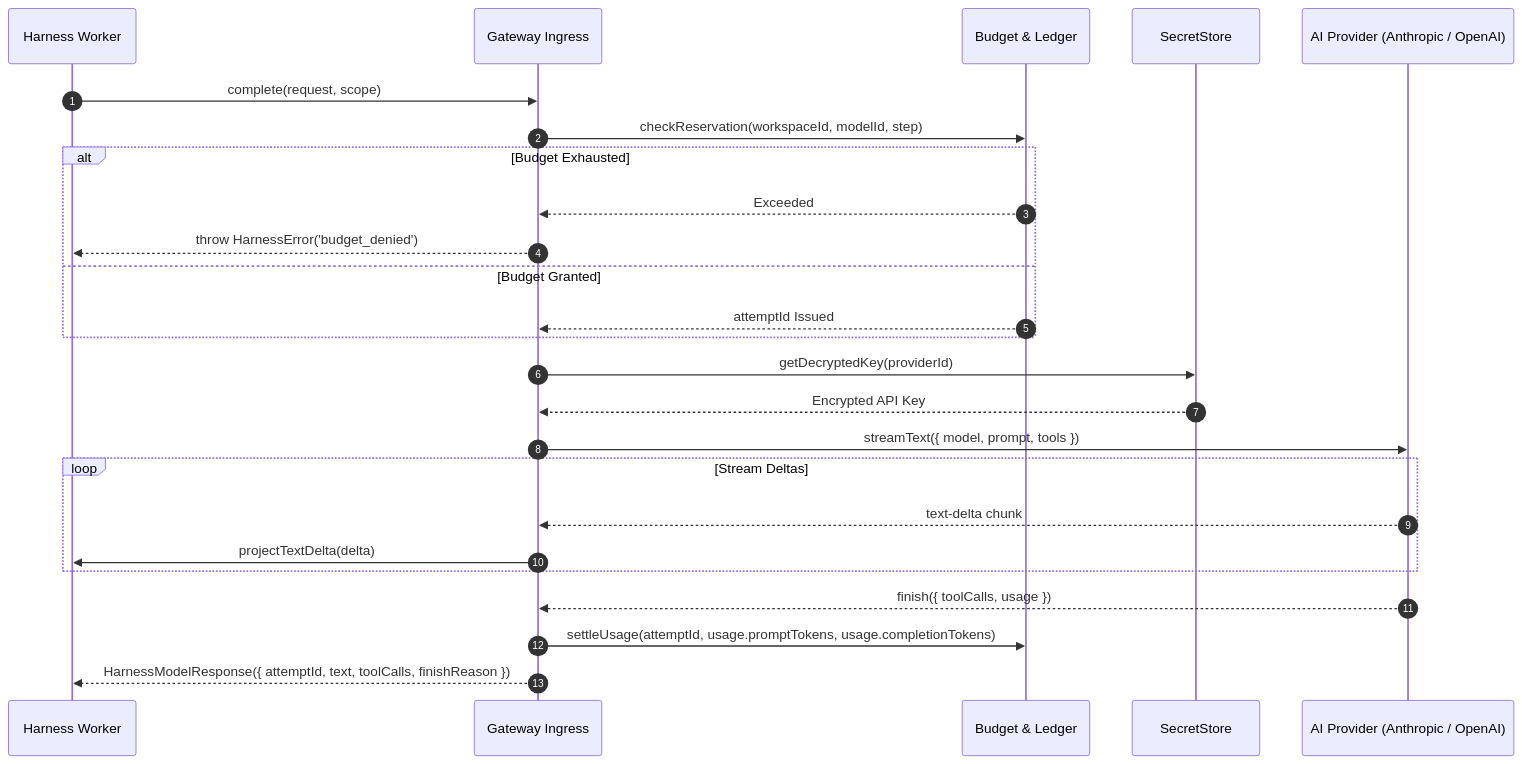
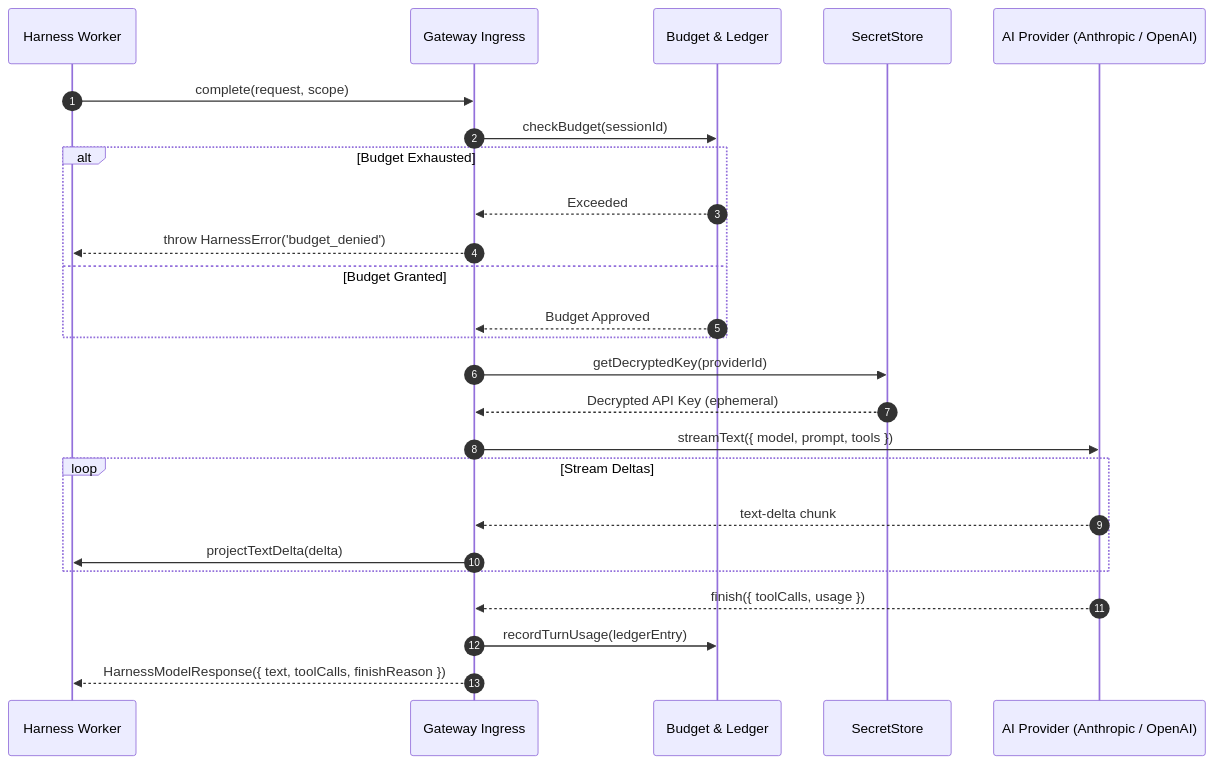
Before and after one commit to Bhargavreddy098/Kantha-agent: the diagram in docs/technology/PROVIDER-INTEGRATION.md, drawn with Mermaid. The commit also changed other lines of this file and 3 other files, not shown here.

Commit message:
docs(gateway): finalize Gateway Core specification, implementation plan, and architecture alignment

````diff
--- a/docs/technology/PROVIDER-INTEGRATION.md
+++ b/docs/technology/PROVIDER-INTEGRATION.md
@@ -34,32 +34,32 @@
 ```mermaid
 sequenceDiagram
     autonumber
     participant Harness as Harness Worker
     participant Gateway as Gateway Ingress
     participant Budget as Budget & Ledger
     participant Secrets as SecretStore
     participant Provider as AI Provider (Anthropic / OpenAI)
 
     Harness->>Gateway: complete(request, scope)
-    Gateway->>Budget: checkReservation(workspaceId, modelId, step)
+    Gateway->>Budget: checkBudget(sessionId)
     alt Budget Exhausted
         Budget-->>Gateway: Exceeded
         Gateway-->>Harness: throw HarnessError('budget_denied')
     else Budget Granted
-        Budget-->>Gateway: attemptId Issued
+        Budget-->>Gateway: Budget Approved
     end
     
     Gateway->>Secrets: getDecryptedKey(providerId)
-    Secrets-->>Gateway: Encrypted API Key
+    Secrets-->>Gateway: Decrypted API Key (ephemeral)
     
     Gateway->>Provider: streamText({ model, prompt, tools })
     
     loop Stream Deltas
         Provider-->>Gateway: text-delta chunk
         Gateway->>Harness: projectTextDelta(delta)
     end
     
     Provider-->>Gateway: finish({ toolCalls, usage })
-    Gateway->>Budget: settleUsage(attemptId, usage.promptTokens, usage.completionTokens)
-    Gateway-->>Harness: HarnessModelResponse({ attemptId, text, toolCalls, finishReason })
+    Gateway->>Budget: recordTurnUsage(ledgerEntry)
+    Gateway-->>Harness: HarnessModelResponse({ text, toolCalls, finishReason })
 ```
````
